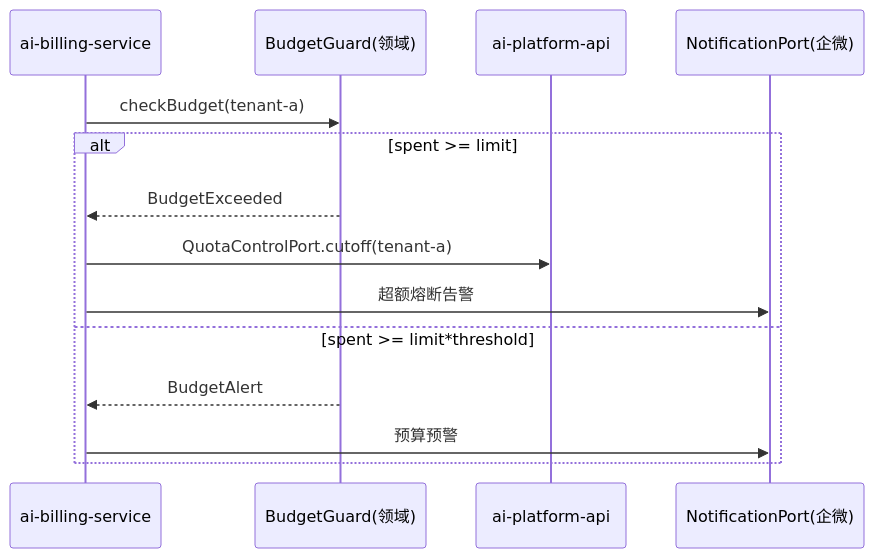
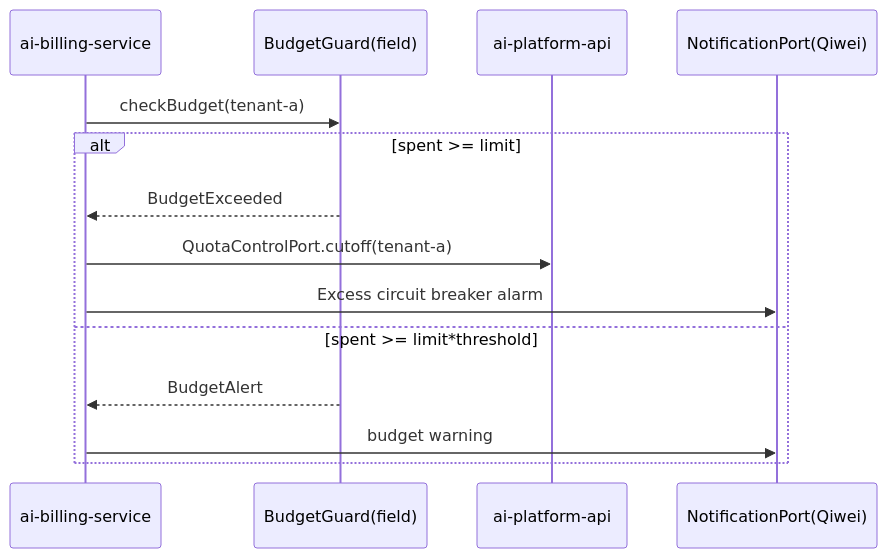
Before and after one commit to open-strata-ai/ai-billing-service: the fifth of 5 diagrams in design/DESIGN.md, drawn with Mermaid. The commit also changed other lines of this file and 10 other files, not shown here.

````diff
--- a/design/DESIGN.md
+++ b/design/DESIGN.md
@@ -311,16 +311,16 @@
 ```mermaid
 sequenceDiagram
     participant BILL as ai-billing-service
-    participant BG as BudgetGuard(领域)
+    participant BG as BudgetGuard(field)
     participant API as ai-platform-api
-    participant NT as NotificationPort(企微)
+    participant NT as NotificationPort(Qiwei)
     BILL->>BG: checkBudget(tenant-a)
     alt spent >= limit
         BG-->>BILL: BudgetExceeded
         BILL->>API: QuotaControlPort.cutoff(tenant-a)
-        BILL->>NT: 超额熔断告警
+        BILL->>NT: Excess circuit breaker alarm
     else spent >= limit*threshold
         BG-->>BILL: BudgetAlert
-        BILL->>NT: 预算预警
+        BILL->>NT: budget warning
     end
 ```
````
